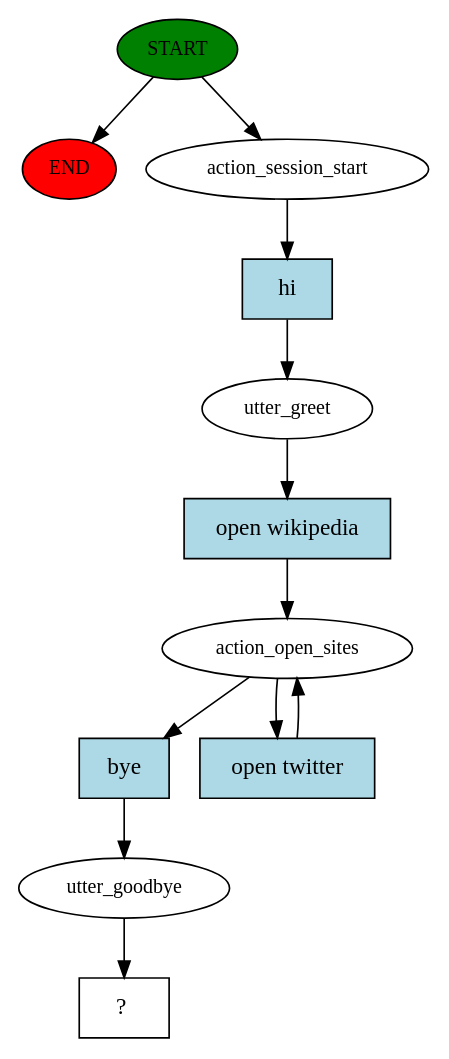
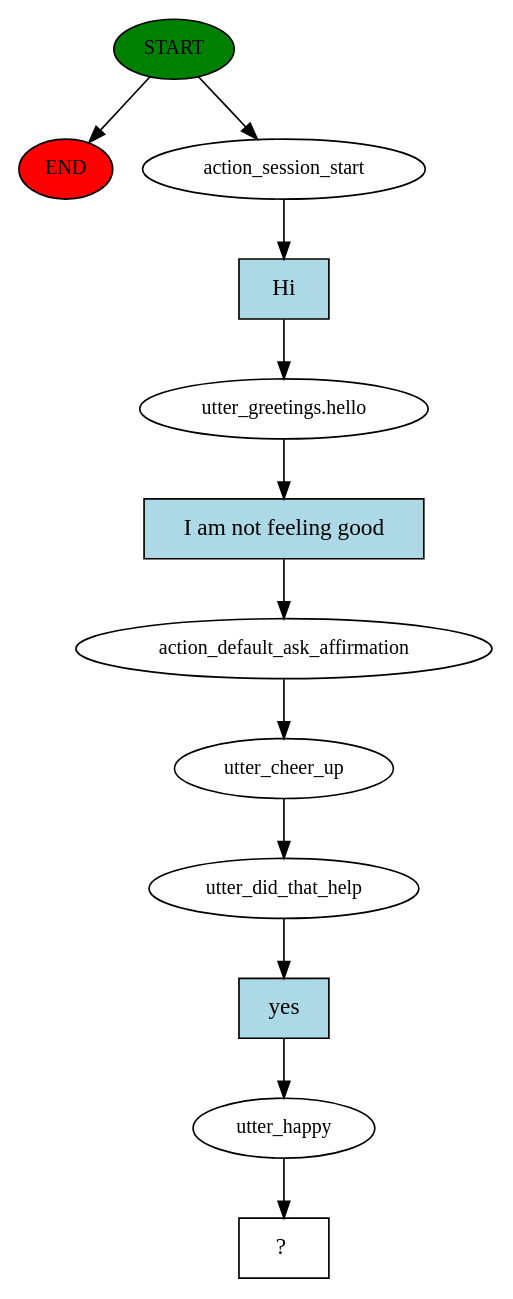
One commit to jovelshaju/eva_rasa changed the diagram in story_graph.dot. Above: the diagram before and after it, drawn with Graphviz. The commit also changed 4 other files, not shown here.

```diff
--- a/story_graph.dot
+++ b/story_graph.dot
@@ -1,24 +1,25 @@
 digraph  {
 0 [class="start active", fillcolor=green, fontsize=12, label=START, style=filled];
 "-1" [class=end, fillcolor=red, fontsize=12, label=END, style=filled];
 1 [class=active, fontsize=12, label=action_session_start];
-2 [class=active, fontsize=12, label=utter_greet];
-3 [class=active, fontsize=12, label=action_open_sites];
-5 [class=active, fontsize=12, label=utter_goodbye];
-6 [class="intent dashed active", label="  ?  ", shape=rect];
-7 [class="intent active", fillcolor=lightblue, label=hi, shape=rect, style=filled];
-8 [class="intent active", fillcolor=lightblue, label="open wikipedia", shape=rect, style=filled];
-9 [class="intent active", fillcolor=lightblue, label=bye, shape=rect, style=filled];
-10 [class="intent active", fillcolor=lightblue, label="open twitter", shape=rect, style=filled];
+2 [class=active, fontsize=12, label="utter_greetings.hello"];
+3 [class=active, fontsize=12, label=action_default_ask_affirmation];
+4 [class=active, fontsize=12, label=utter_cheer_up];
+5 [class=active, fontsize=12, label=utter_did_that_help];
+6 [class=active, fontsize=12, label=utter_happy];
+7 [class="intent dashed active", label="  ?  ", shape=rect];
+8 [class="intent active", fillcolor=lightblue, label=Hi, shape=rect, style=filled];
+9 [class="intent active", fillcolor=lightblue, label="I am not feeling good", shape=rect, style=filled];
+10 [class="intent active", fillcolor=lightblue, label=yes, shape=rect, style=filled];
 0 -> "-1"  [class="", key=NONE, label=""];
 0 -> 1  [class=active, key=NONE, label=""];
-1 -> 7  [class=active, key=0];
-2 -> 8  [class=active, key=0];
-3 -> 9  [class=active, key=0];
-3 -> 10  [class=active, key=0];
-5 -> 6  [class=active, key=NONE, label=""];
-7 -> 2  [class=active, key=0];
-8 -> 3  [class=active, key=0];
-9 -> 5  [class=active, key=0];
-10 -> 3  [class=active, key=0];
+1 -> 8  [class=active, key=0];
+2 -> 9  [class=active, key=0];
+3 -> 4  [class=active, key=NONE, label=""];
+4 -> 5  [class=active, key=NONE, label=""];
+5 -> 10  [class=active, key=0];
+6 -> 7  [class=active, key=NONE, label=""];
+8 -> 2  [class=active, key=0];
+9 -> 3  [class=active, key=0];
+10 -> 6  [class=active, key=0];
 }
```
